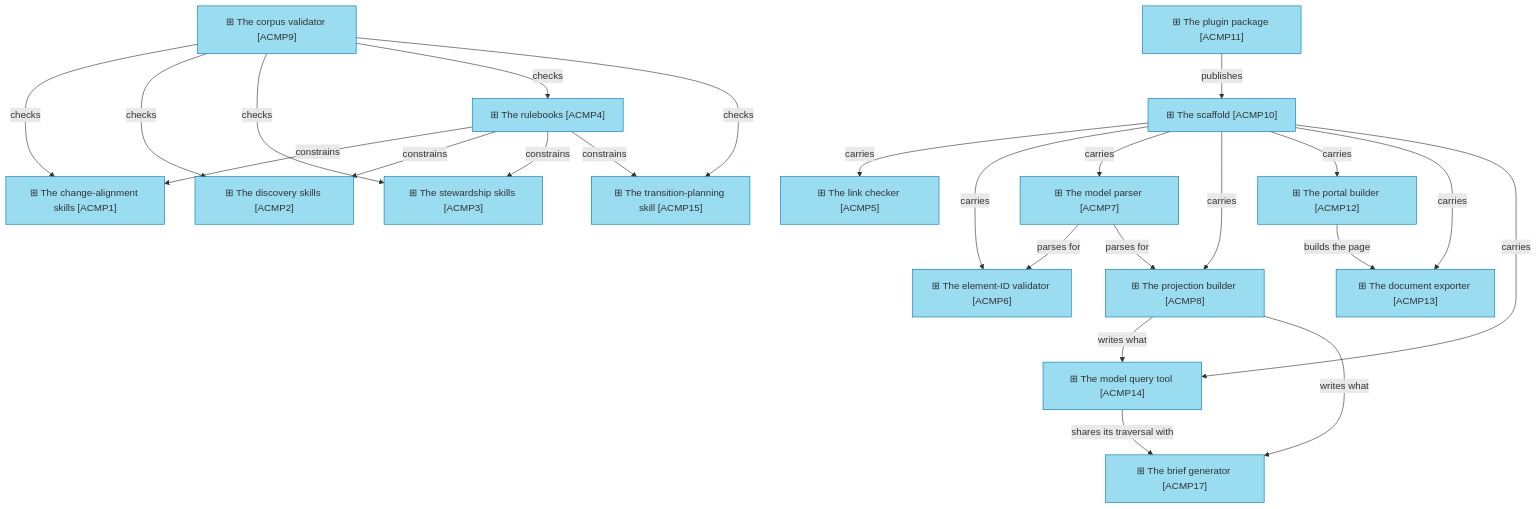
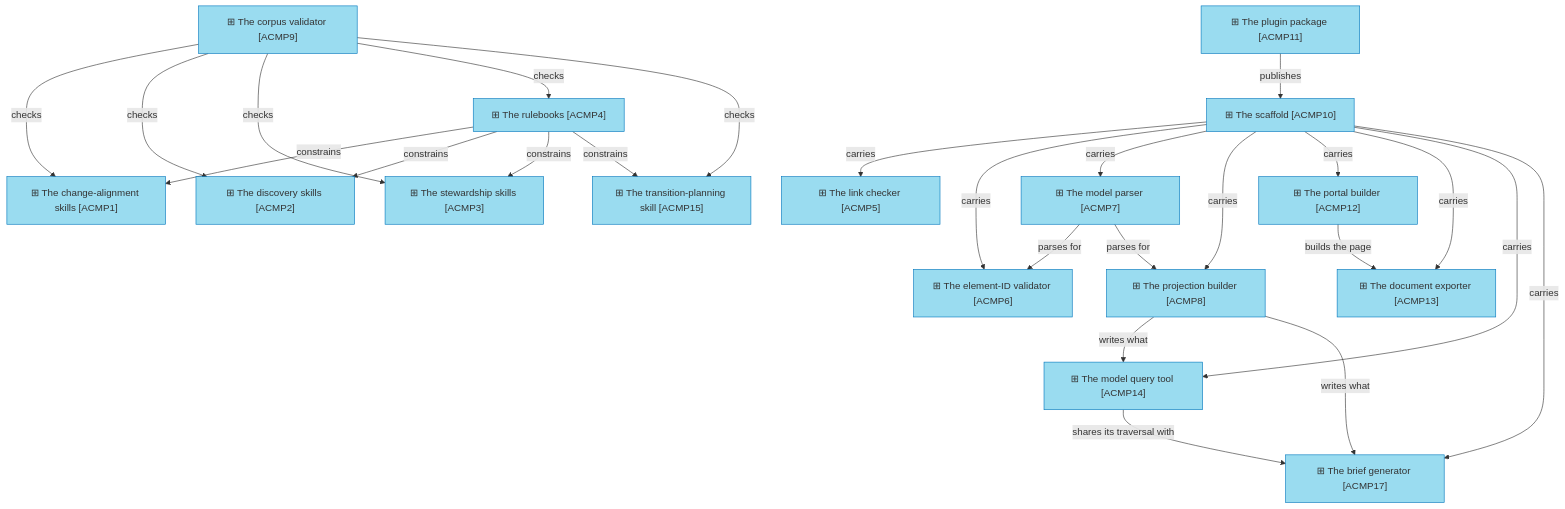
Before and after one commit to roanboc/architecture-archreator: the second of 2 diagrams in product-archreator/architecture/4_application/2_application-components.md, drawn with Mermaid. The commit also changed other lines of this file and 7 other files, not shown here.

Commit message:
docs: align focus-guided architecture briefs

````diff
--- a/product-archreator/architecture/4_application/2_application-components.md
+++ b/product-archreator/architecture/4_application/2_application-components.md
@@ -43,45 +45,46 @@
 ```mermaid
 flowchart TB
   acmp1["⊞ The change-alignment skills [ACMP1]"]:::component
   acmp2["⊞ The discovery skills [ACMP2]"]:::component
   acmp3["⊞ The stewardship skills [ACMP3]"]:::component
   acmp4["⊞ The rulebooks [ACMP4]"]:::component
   acmp5["⊞ The link checker [ACMP5]"]:::component
   acmp6["⊞ The element-ID validator [ACMP6]"]:::component
   acmp7["⊞ The model parser [ACMP7]"]:::component
   acmp8["⊞ The projection builder [ACMP8]"]:::component
   acmp9["⊞ The corpus validator [ACMP9]"]:::component
   acmp10["⊞ The scaffold [ACMP10]"]:::component
   acmp11["⊞ The plugin package [ACMP11]"]:::component
   acmp12["⊞ The portal builder [ACMP12]"]:::component
   acmp13["⊞ The document exporter [ACMP13]"]:::component
   acmp14["⊞ The model query tool [ACMP14]"]:::component
   acmp15["⊞ The transition-planning skill [ACMP15]"]:::component
   acmp17["⊞ The brief generator [ACMP17]"]:::component
 
   acmp4 -->|constrains| acmp1
   acmp4 -->|constrains| acmp2
   acmp4 -->|constrains| acmp3
   acmp4 -->|constrains| acmp15
   acmp7 -->|parses for| acmp6
   acmp7 -->|parses for| acmp8
   acmp8 -->|writes what| acmp14
   acmp8 -->|writes what| acmp17
   acmp14 -->|shares its traversal with| acmp17
   acmp10 -->|carries| acmp5
   acmp10 -->|carries| acmp6
   acmp10 -->|carries| acmp7
   acmp10 -->|carries| acmp8
   acmp10 -->|carries| acmp12
   acmp10 -->|carries| acmp13
   acmp10 -->|carries| acmp14
+  acmp10 -->|carries| acmp17
   acmp12 -->|builds the page| acmp13
   acmp11 -->|publishes| acmp10
   acmp9 -->|checks| acmp1
   acmp9 -->|checks| acmp2
   acmp9 -->|checks| acmp3
   acmp9 -->|checks| acmp4
   acmp9 -->|checks| acmp15
 
   classDef component fill:#9adcf0,stroke:#0277bd,color:#333
 ```
````
